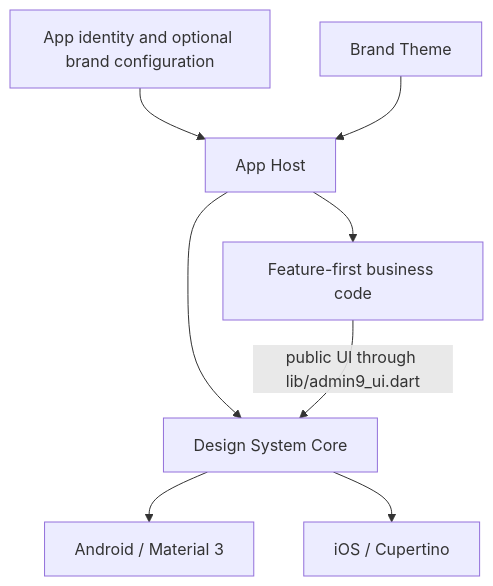
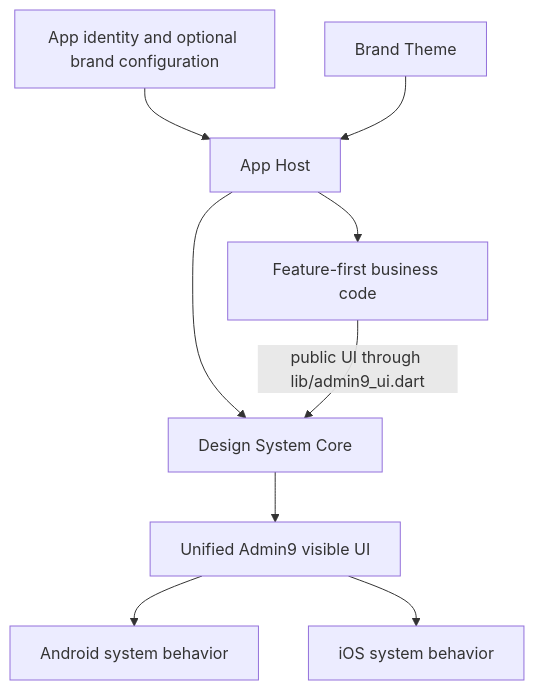
Before and after one commit to admin9-labs/admin9-app-flutter: the diagram in README.md, drawn with Mermaid. The commit also changed other lines of this file and 50 other files, not shown here.

````diff
--- a/README.md
+++ b/README.md
@@ -32,10 +33,11 @@
 ```mermaid
 flowchart TB
     I["App identity and optional brand configuration"] --> H["App Host"]
     B["Brand Theme"] --> H
     H --> C["Design System Core"]
     H --> F["Feature-first business code"]
     F -->|"public UI through lib/admin9_ui.dart"| C
-    C --> A["Android / Material 3"]
-    C --> P["iOS / Cupertino"]
+    C --> U["Unified Admin9 visible UI"]
+    U --> A["Android system behavior"]
+    U --> P["iOS system behavior"]
 ```
````
